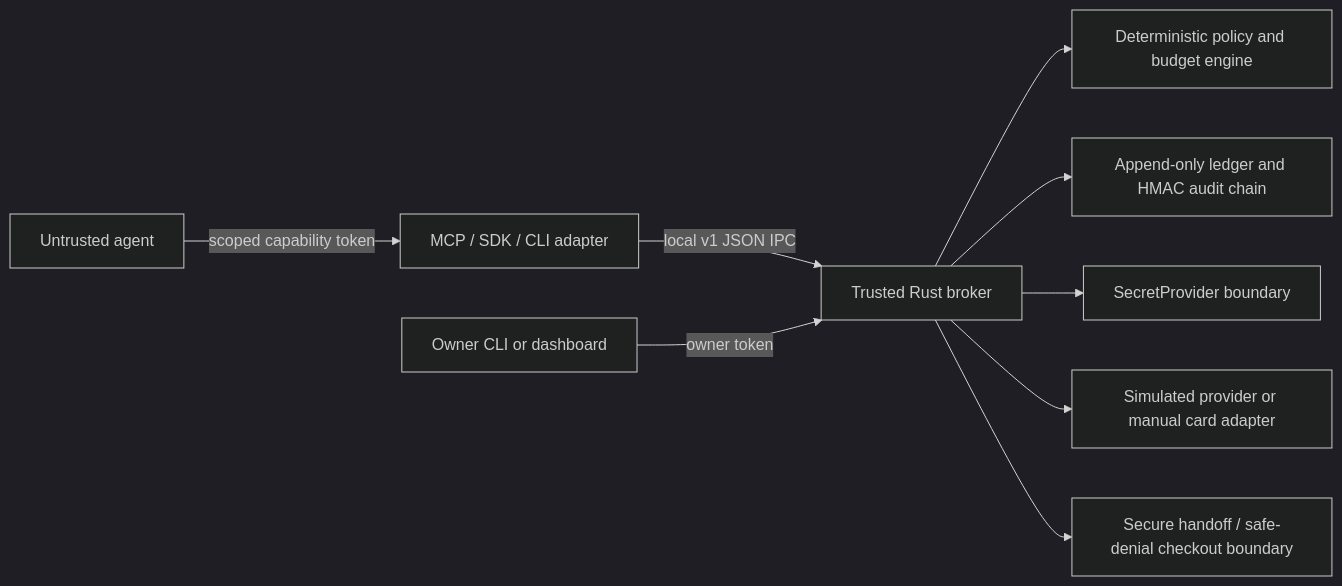
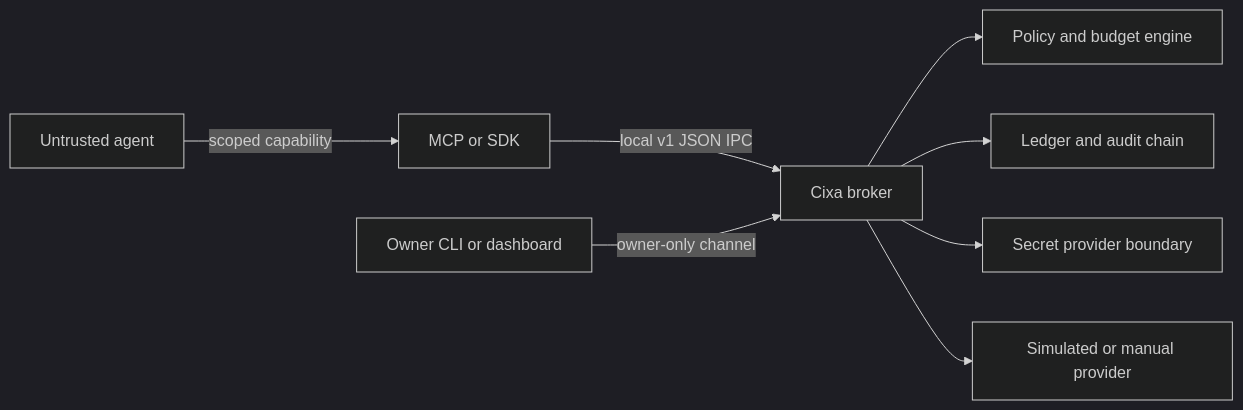
The diagram in README.md (BedirT/cixa), drawn with Mermaid (dark theme) before and after one commit. The commit also changed other lines of this file and 54 other files, not shown here.

````diff
--- a/README.md
+++ b/README.md
@@ -114,11 +67,10 @@
 ```mermaid
 flowchart LR
-  A[Untrusted agent] -->|scoped capability token| M[MCP / SDK / CLI adapter]
-  M -->|local v1 JSON IPC| B[Trusted Rust broker]
-  O[Owner CLI or dashboard] -->|owner token| B
-  B --> P[Deterministic policy and budget engine]
-  B --> L[Append-only ledger and HMAC audit chain]
-  B --> S[SecretProvider boundary]
-  B --> F[Simulated provider or manual card adapter]
-  B --> X[Secure handoff / safe-denial checkout boundary]
+  A["Untrusted agent"] -->|"scoped capability"| M["MCP or SDK"]
+  M -->|"local v1 JSON IPC"| C["Cixa broker"]
+  O["Owner CLI or dashboard"] -->|"owner-only channel"| C
+  C --> P["Policy and budget engine"]
+  C --> L["Ledger and audit chain"]
+  C --> S["Secret provider boundary"]
+  C --> X["Simulated or manual provider"]
 ```
````
